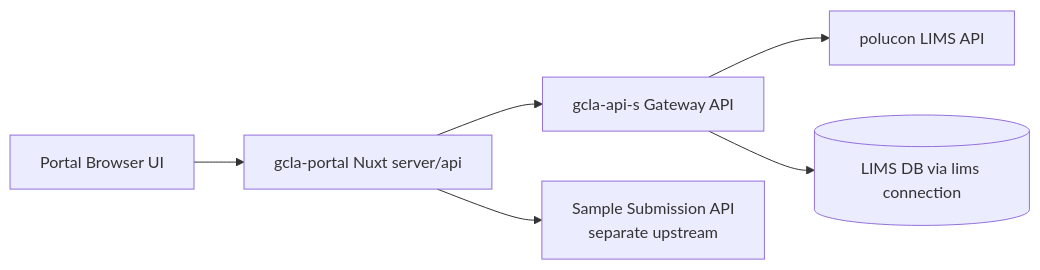
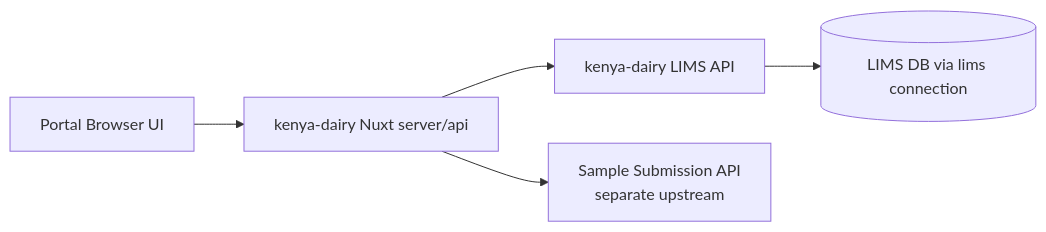
Before and after one commit to ErnestKamau/shh: the first of 3 diagrams in docs/customer-portal-gateway-lims-3-app-integration.md, drawn with Mermaid. The commit also changed other lines of this file, not shown here.

Commit message:
Update architecture and sequence diagrams for kenya-dairy

````diff
--- a/docs/customer-portal-gateway-lims-3-app-integration.md
+++ b/docs/customer-portal-gateway-lims-3-app-integration.md
@@ -15,10 +15,9 @@
 ```mermaid
 flowchart LR
-    U[Portal Browser UI] --> P[gcla-portal Nuxt server/api]
-    P --> G[gcla-api-s Gateway API]
-    G --> L[polucon LIMS API]
+    U[Portal Browser UI] --> P[kenya-dairy Nuxt server/api]
+    P --> G[kenya-dairy LIMS API]
 
     P --> S[Sample Submission API<br/>separate upstream]
 
     G --> D[(LIMS DB via lims connection)]
 ```
````
